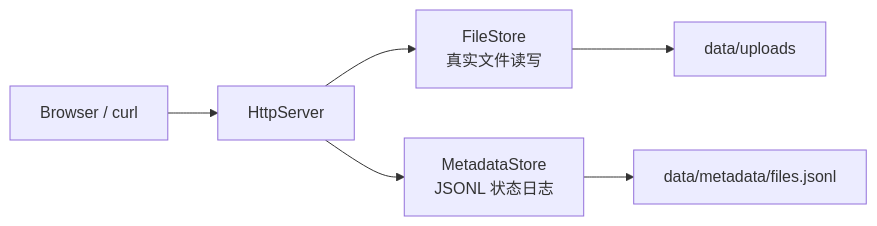
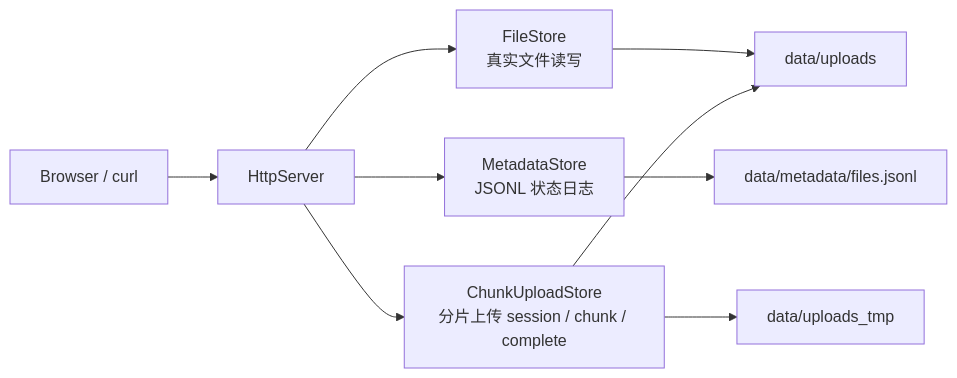
Before and after one commit to Bryson-wz/OwnGrove: the diagram in README.md, drawn with Mermaid. The commit also changed other lines of this file and 5 other files, not shown here.

Commit message:
feat(upload): add resumable chunk upload flow

````diff
--- a/README.md
+++ b/README.md
@@ -43,8 +47,11 @@
 ```mermaid
 flowchart LR
     Browser["Browser / curl"] --> HttpServer["HttpServer"]
     HttpServer --> FileStore["FileStore\n真实文件读写"]
     HttpServer --> MetadataStore["MetadataStore\nJSONL 状态日志"]
+    HttpServer --> ChunkUploadStore["ChunkUploadStore\n分片上传 session / chunk / complete"]
     FileStore --> Uploads["data/uploads"]
     MetadataStore --> Metadata["data/metadata/files.jsonl"]
+    ChunkUploadStore --> UploadTmp["data/uploads_tmp"]
+    ChunkUploadStore --> Uploads
 ```
````
